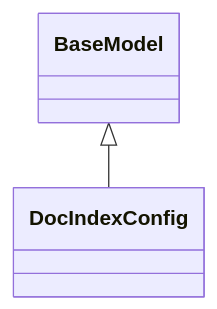
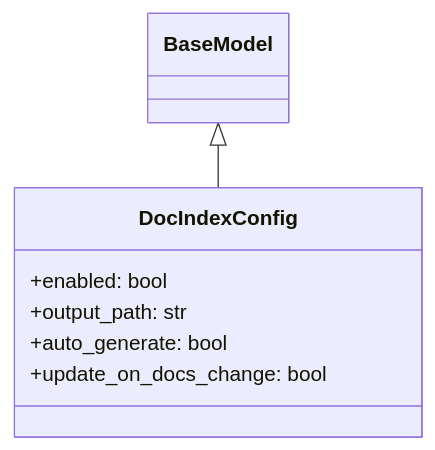
One commit to Brunvelop/autocode changed the seventh of 15 diagrams in design/autocode/api/models_items.md. Above: the diagram before and after it, drawn with Mermaid. The commit also changed other lines of this file and 8 other files, not shown here.

````diff
--- a/design/autocode/api/models_items.md
+++ b/design/autocode/api/models_items.md
@@ -98,7 +119,11 @@
 ```mermaid
 classDiagram
     class DocIndexConfig {
+        +enabled: bool
+        +output_path: str
+        +auto_generate: bool
+        +update_on_docs_change: bool
     }
     BaseModel <|-- DocIndexConfig
 
 ```
````
